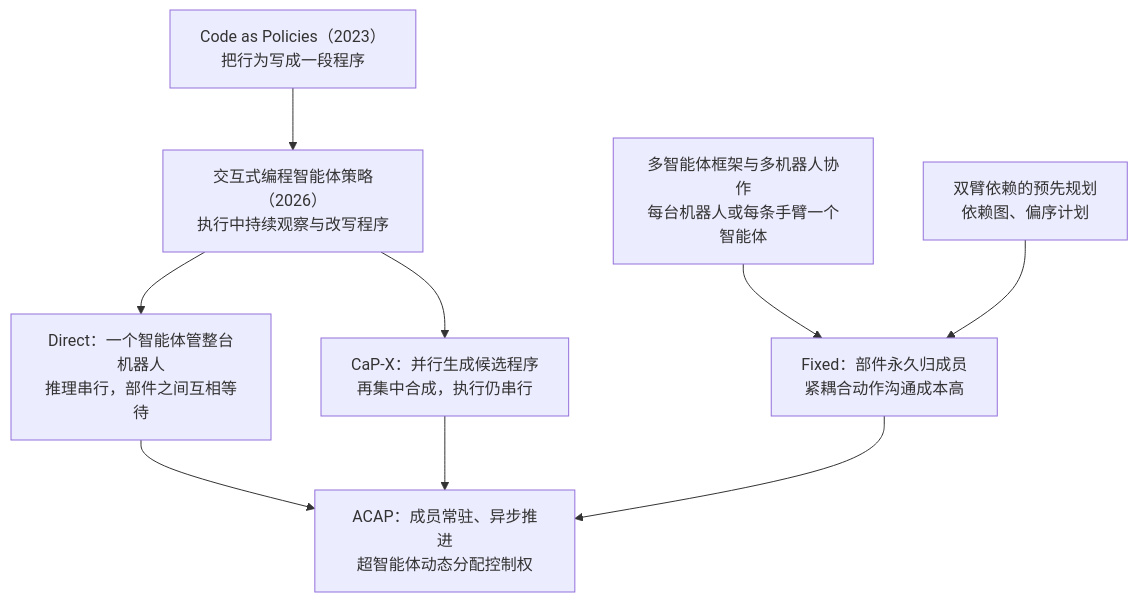
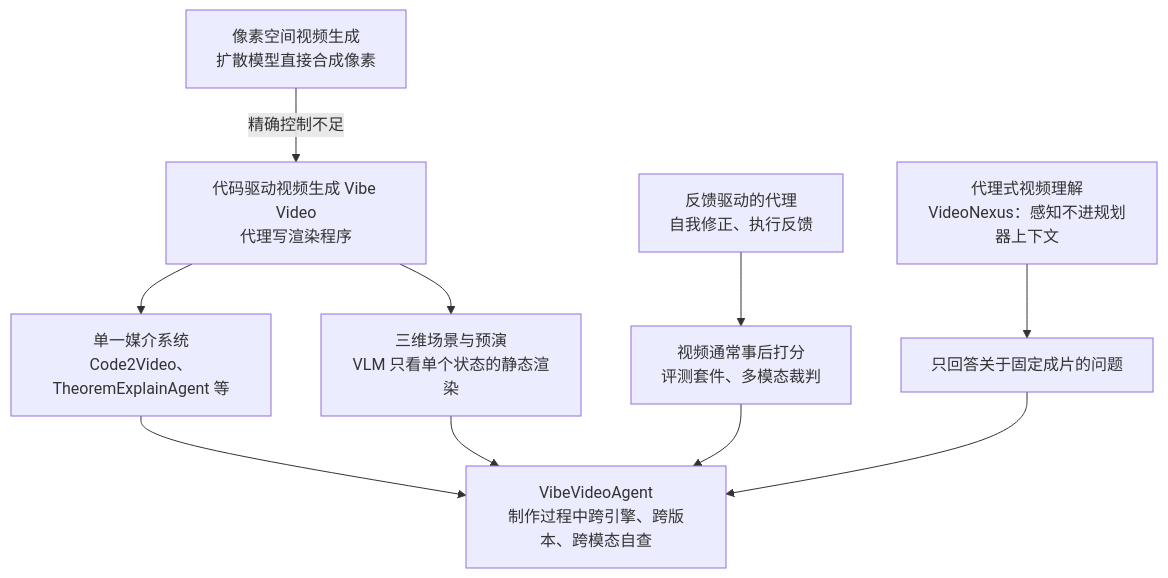
Before and after one commit to yingwang/paper-reads: the first of 7 diagrams in docs/index.md, drawn with Mermaid. The commit also changed other lines of this file and 2 other files, not shown here.

First line of the commit message:
Add 2026-11-26-vibevideoagent-perceptual-loop-code-driven-video

````diff
--- a/docs/index.md
+++ b/docs/index.md
@@ -71,11 +93,12 @@
 ```mermaid
 flowchart TD
-    A["Code as Policies（2023）<br/>把行为写成一段程序"] --> B["交互式编程智能体策略（2026）<br/>执行中持续观察与改写程序"]
-    B --> C["Direct：一个智能体管整台机器人<br/>推理串行，部件之间互相等待"]
-    B --> D["CaP-X：并行生成候选程序<br/>再集中合成，执行仍串行"]
-    E["多智能体框架与多机器人协作<br/>每台机器人或每条手臂一个智能体"] --> F["Fixed：部件永久归成员<br/>紧耦合动作沟通成本高"]
-    G["双臂依赖的预先规划<br/>依赖图、偏序计划"] --> F
-    C --> H["ACAP：成员常驻、异步推进<br/>超智能体动态分配控制权"]
-    D --> H
-    F --> H
+    A["像素空间视频生成<br/>扩散模型直接合成像素"] -->|"精确控制不足"| B["代码驱动视频生成 Vibe Video<br/>代理写渲染程序"]
+    B --> C["单一媒介系统<br/>Code2Video、TheoremExplainAgent 等"]
+    B --> D["三维场景与预演<br/>VLM 只看单个状态的静态渲染"]
+    E["反馈驱动的代理<br/>自我修正、执行反馈"] --> F["视频通常事后打分<br/>评测套件、多模态裁判"]
+    G["代理式视频理解<br/>VideoNexus：感知不进规划器上下文"] --> H["只回答关于固定成片的问题"]
+    C --> I["VibeVideoAgent<br/>制作过程中跨引擎、跨版本、跨模态自查"]
+    D --> I
+    F --> I
+    H --> I
 ```
````
